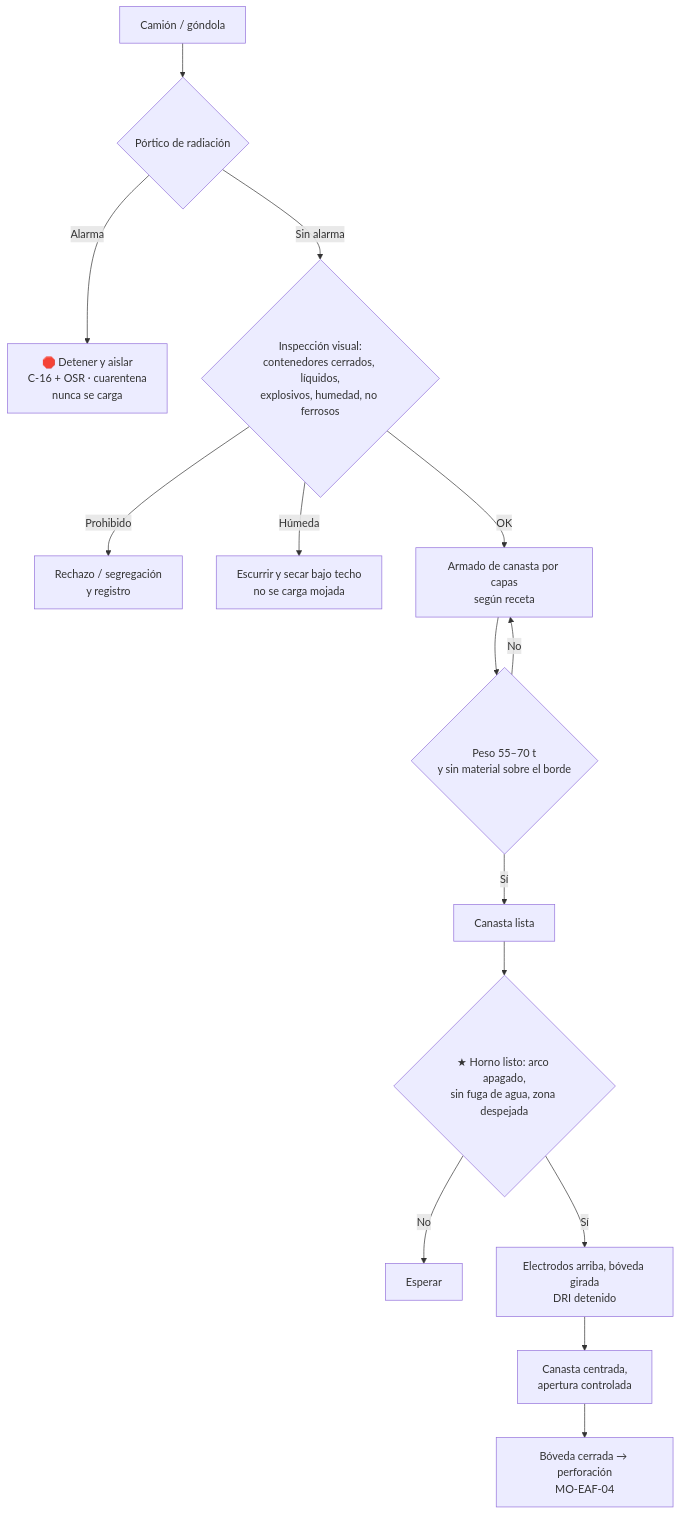
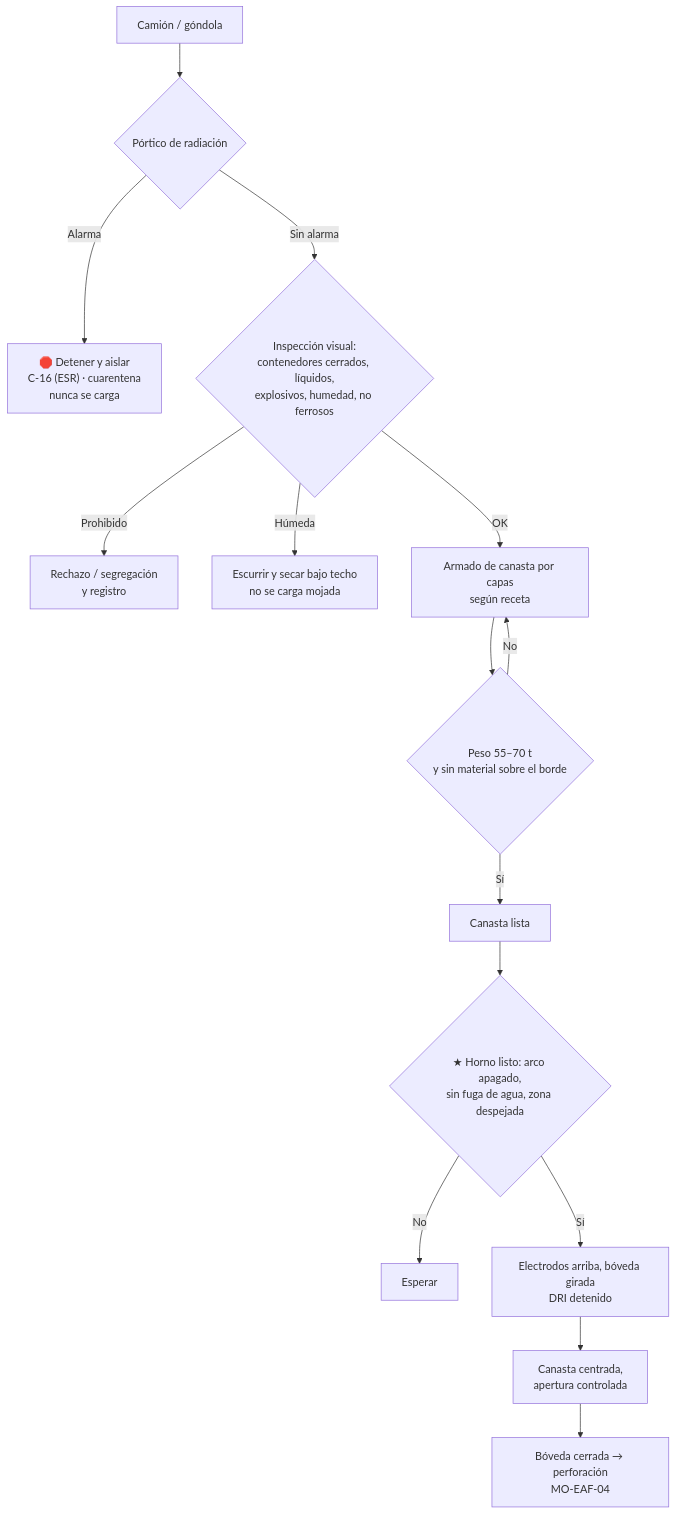
One commit to diegocardonaguzman03-maker/HR changed the diagram in 10-plantas/01-steelmaking/02-operacion/eaf/MO-EAF-02-carga-chatarra-canasta.md. Above: the diagram before and after it, drawn with Mermaid. The commit also changed other lines of this file and 59 other files, not shown here.

````diff
--- a/10-plantas/01-steelmaking/02-operacion/eaf/MO-EAF-02-carga-chatarra-canasta.md
+++ b/10-plantas/01-steelmaking/02-operacion/eaf/MO-EAF-02-carga-chatarra-canasta.md
@@ -33,17 +33,17 @@
 ```mermaid
 flowchart TD
     A["Camión / góndola"] --> B{"Pórtico de radiación"}
-    B -- "Alarma" --> Q["🛑 Detener y aislar<br/>C-16 + OSR · cuarentena<br/>nunca se carga"]
+    B -- "Alarma" --> Q["🛑 Detener y aislar<br/>C-16 (ESR) · cuarentena<br/>nunca se carga"]
     B -- "Sin alarma" --> C{"Inspección visual:<br/>contenedores cerrados, líquidos,<br/>explosivos, humedad, no ferrosos"}
     C -- "Prohibido" --> R["Rechazo / segregación<br/>y registro"]
     C -- "Húmeda" --> S["Escurrir y secar bajo techo<br/>no se carga mojada"]
     C -- "OK" --> D["Armado de canasta por capas<br/>según receta"]
     D --> E{"Peso 55–70 t<br/>y sin material sobre el borde"}
     E -- "No" --> D
     E -- "Sí" --> F["Canasta lista"]
     F --> G{"★ Horno listo: arco apagado,<br/>sin fuga de agua, zona despejada"}
     G -- "No" --> H["Esperar"]
     G -- "Sí" --> I["Electrodos arriba, bóveda girada<br/>DRI detenido"]
     I --> J["Canasta centrada,<br/>apertura controlada"]
     J --> K["Bóveda cerrada → perforación<br/>MO-EAF-04"]
 ```
````
